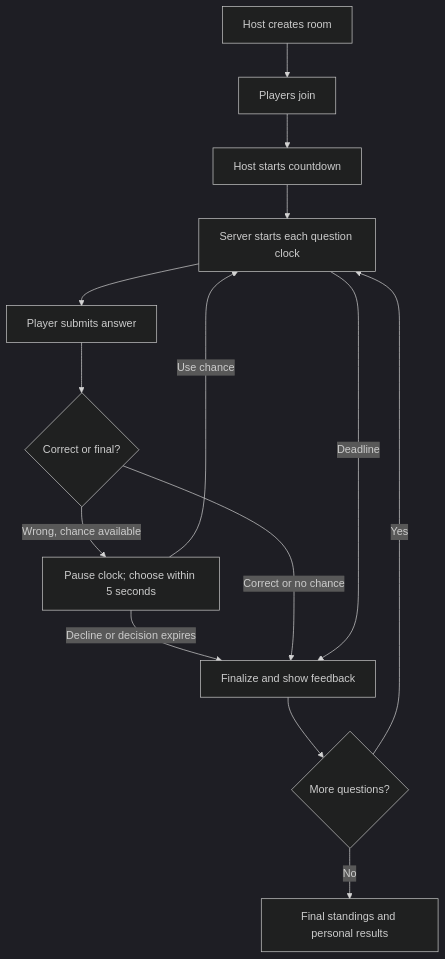
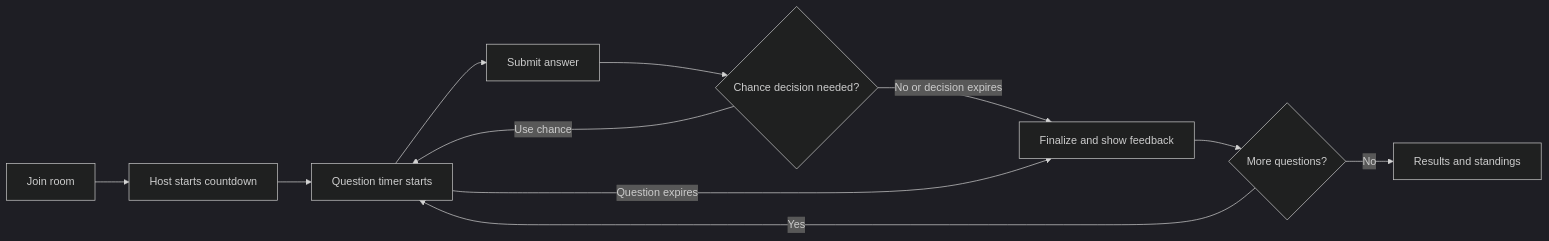
Before and after one commit to daevinsimbajon-web/cpe314-69167-capstone-team-02: the seventh of 7 diagrams in doc/design-document.md, drawn with Mermaid (dark theme). The commit also changed other lines of this file and 7 other files, not shown here.

````diff
--- a/doc/design-document.md
+++ b/doc/design-document.md
@@ -279,16 +258,13 @@
 ```mermaid
-flowchart TD
-  A[Host creates room] --> B[Players join]
-  B --> C[Host starts countdown]
-  C --> D[Server starts each question clock]
-  D --> E[Player submits answer]
-  E --> F{Correct or final?}
-  F -->|Wrong, chance available| G[Pause clock; choose within 5 seconds]
-  G -->|Use chance| D
-  G -->|Decline or decision expires| H[Finalize and show feedback]
-  F -->|Correct or no chance| H
-  D -->|Deadline| H
-  H --> I{More questions?}
-  I -->|Yes| D
-  I -->|No| J[Final standings and personal results]
+flowchart LR
+    A["Join room"] --> B["Host starts countdown"]
+    B --> C["Question timer starts"]
+    C --> D["Submit answer"]
+    D --> E{"Chance decision needed?"}
+    E -->|Use chance| C
+    E -->|No or decision expires| F["Finalize and show feedback"]
+    C -->|Question expires| F
+    F --> G{"More questions?"}
+    G -->|Yes| C
+    G -->|No| H["Results and standings"]
 ```
````
